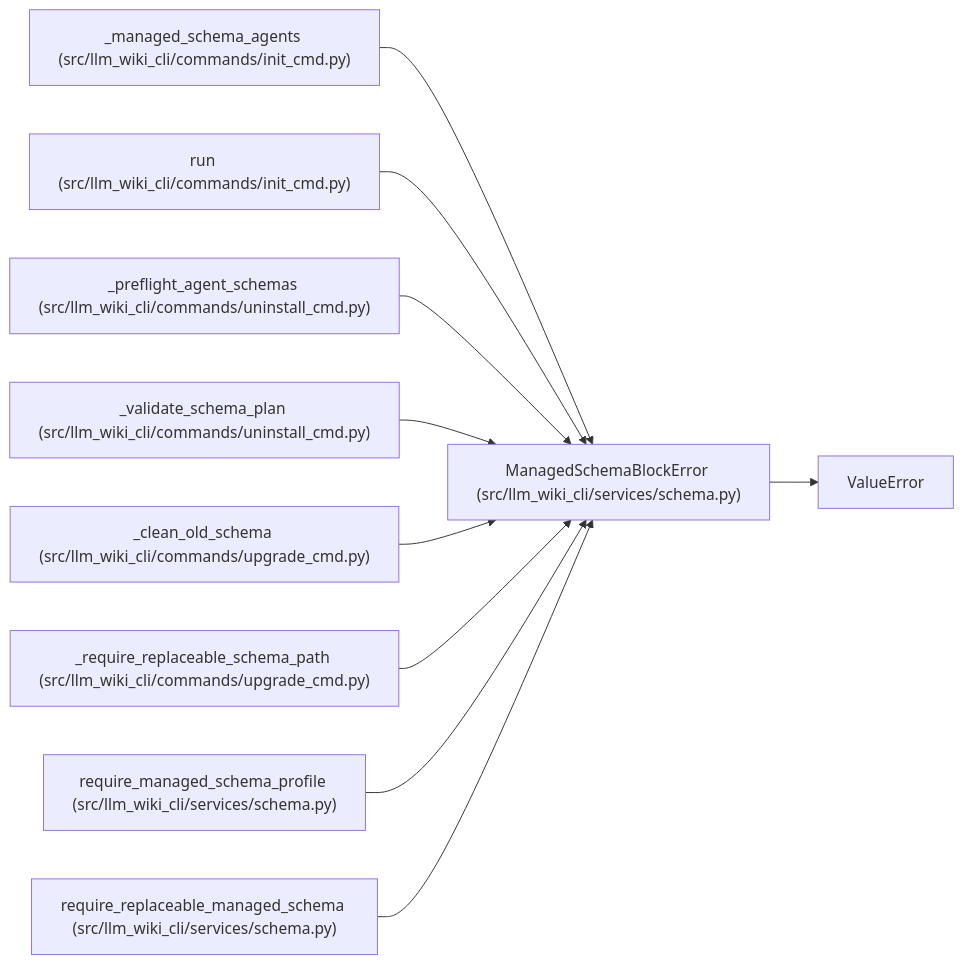
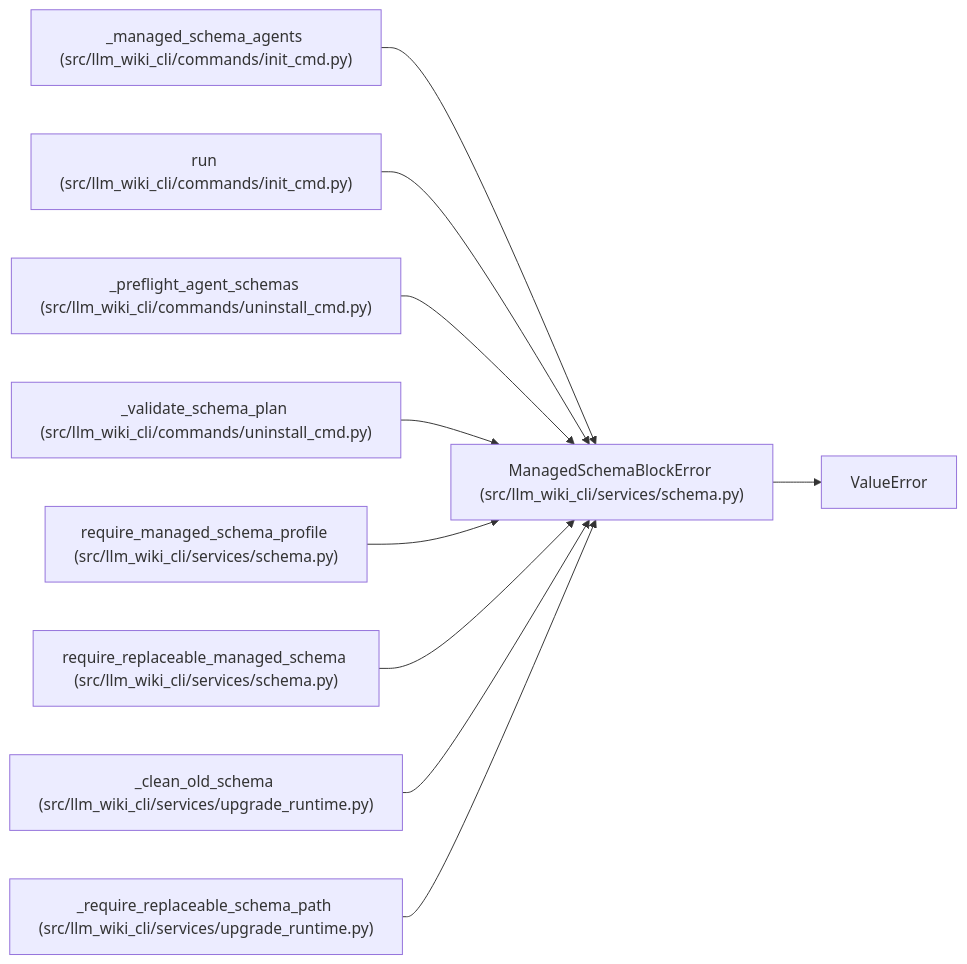
One commit to Denissvgn/python-wiki-llm changed the diagram in docs/llm_wiki/entities/ManagedSchemaBlockError.md. Above: the diagram before and after it, drawn with Mermaid. The commit also changed other lines of this file and 1555 other files, not shown here.

````diff
--- a/docs/llm_wiki/entities/ManagedSchemaBlockError.md
+++ b/docs/llm_wiki/entities/ManagedSchemaBlockError.md
@@ -23,31 +23,31 @@
 ```mermaid
 flowchart LR
     n0["ManagedSchemaBlockError (src/llm_wiki_cli/services/schema.py)"]
     n1["ValueError"]
     n2["_managed_schema_agents (src/llm_wiki_cli/commands/init_cmd.py)"]
     n3["run (src/llm_wiki_cli/commands/init_cmd.py)"]
     n4["_preflight_agent_schemas (src/llm_wiki_cli/commands/uninstall_cmd.py)"]
     n5["_validate_schema_plan (src/llm_wiki_cli/commands/uninstall_cmd.py)"]
-    n6["_clean_old_schema (src/llm_wiki_cli/commands/upgrade_cmd.py)"]
-    n7["_require_replaceable_schema_path (src/llm_wiki_cli/commands/upgrade_cmd.py)"]
-    n8["require_managed_schema_profile (src/llm_wiki_cli/services/schema.py)"]
-    n9["require_replaceable_managed_schema (src/llm_wiki_cli/services/schema.py)"]
+    n6["require_managed_schema_profile (src/llm_wiki_cli/services/schema.py)"]
+    n7["require_replaceable_managed_schema (src/llm_wiki_cli/services/schema.py)"]
+    n8["_clean_old_schema (src/llm_wiki_cli/services/upgrade_runtime.py)"]
+    n9["_require_replaceable_schema_path (src/llm_wiki_cli/services/upgrade_runtime.py)"]
     n0 --> n1
     n2 --> n0
     n3 --> n0
     n4 --> n0
     n5 --> n0
     n6 --> n0
     n7 --> n0
     n8 --> n0
     n9 --> n0
     click n0 "../modules/services_schema.md"
     click n2 "../modules/init_cmd.md"
     click n3 "../modules/init_cmd.md"
     click n4 "../modules/uninstall_cmd.md"
     click n5 "../modules/uninstall_cmd.md"
-    click n6 "../modules/upgrade_cmd.md"
-    click n7 "../modules/upgrade_cmd.md"
-    click n8 "../modules/services_schema.md"
-    click n9 "../modules/services_schema.md"
+    click n6 "../modules/services_schema.md"
+    click n7 "../modules/services_schema.md"
+    click n8 "../modules/upgrade_runtime.md"
+    click n9 "../modules/upgrade_runtime.md"
 ```
````
